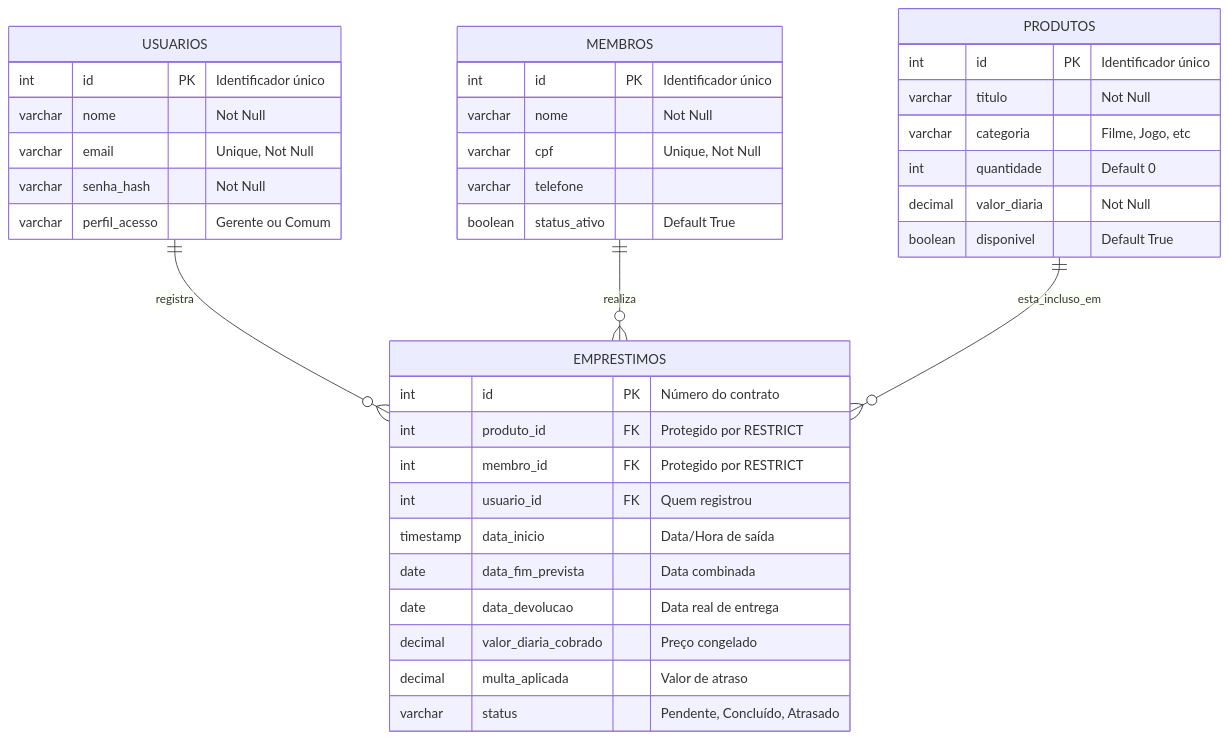
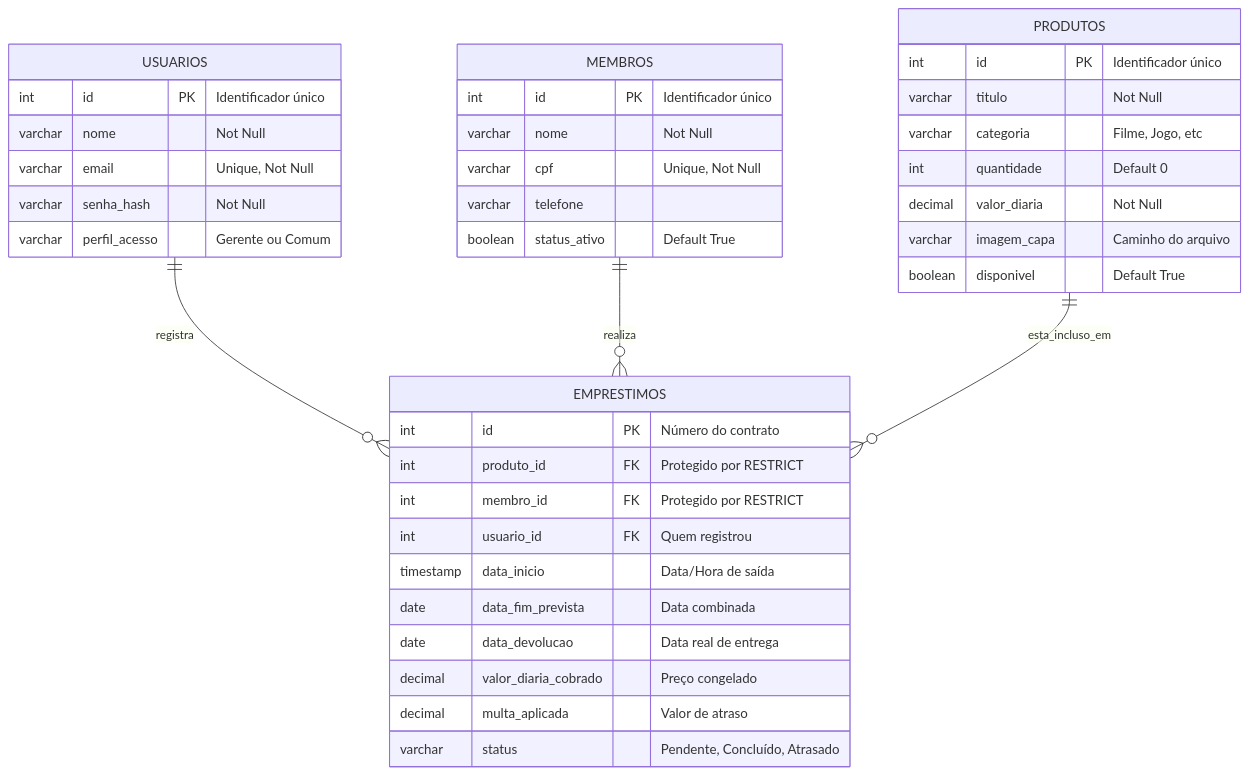
The first of 4 diagrams in README.md (inumaki-david/Geek-Hub), drawn with Mermaid before and after one commit. The commit also changed other lines of this file and 15 other files, not shown here.

````diff
--- a/README.md
+++ b/README.md
@@ -191,50 +193,51 @@
 ```mermaid
 erDiagram
     %% Tabela de Usuários (Funcionários/Gerentes)
     USUARIOS {
         int id PK "Identificador único"
         varchar nome "Not Null"
         varchar email "Unique, Not Null"
         varchar senha_hash "Not Null"
         varchar perfil_acesso "Gerente ou Comum"
     }
 
     %% Tabela de Membros (Clientes)
     MEMBROS {
         int id PK "Identificador único"
         varchar nome "Not Null"
         varchar cpf "Unique, Not Null"
         varchar telefone ""
         boolean status_ativo "Default True"
     }
 
     %% Tabela de Produtos (Acervo)
     PRODUTOS {
         int id PK "Identificador único"
         varchar titulo "Not Null"
         varchar categoria "Filme, Jogo, etc"
         int quantidade "Default 0"
         decimal valor_diaria "Not Null"
+        varchar imagem_capa "Caminho do arquivo"
         boolean disponivel "Default True"
     }
 
     %% Tabela de Empréstimos (Transações)
     EMPRESTIMOS {
         int id PK "Número do contrato"
         int produto_id FK "Protegido por RESTRICT"
         int membro_id FK "Protegido por RESTRICT"
         int usuario_id FK "Quem registrou"
         timestamp data_inicio "Data/Hora de saída"
         date data_fim_prevista "Data combinada"
         date data_devolucao "Data real de entrega"
         decimal valor_diaria_cobrado "Preço congelado"
         decimal multa_aplicada "Valor de atraso"
         varchar status "Pendente, Concluído, Atrasado"
     }
 
     %% Relações (Cardinalidade)
     USUARIOS ||--o{ EMPRESTIMOS : "registra"
     MEMBROS ||--o{ EMPRESTIMOS : "realiza"
     PRODUTOS ||--o{ EMPRESTIMOS : "esta_incluso_em"
 
 ```
````
